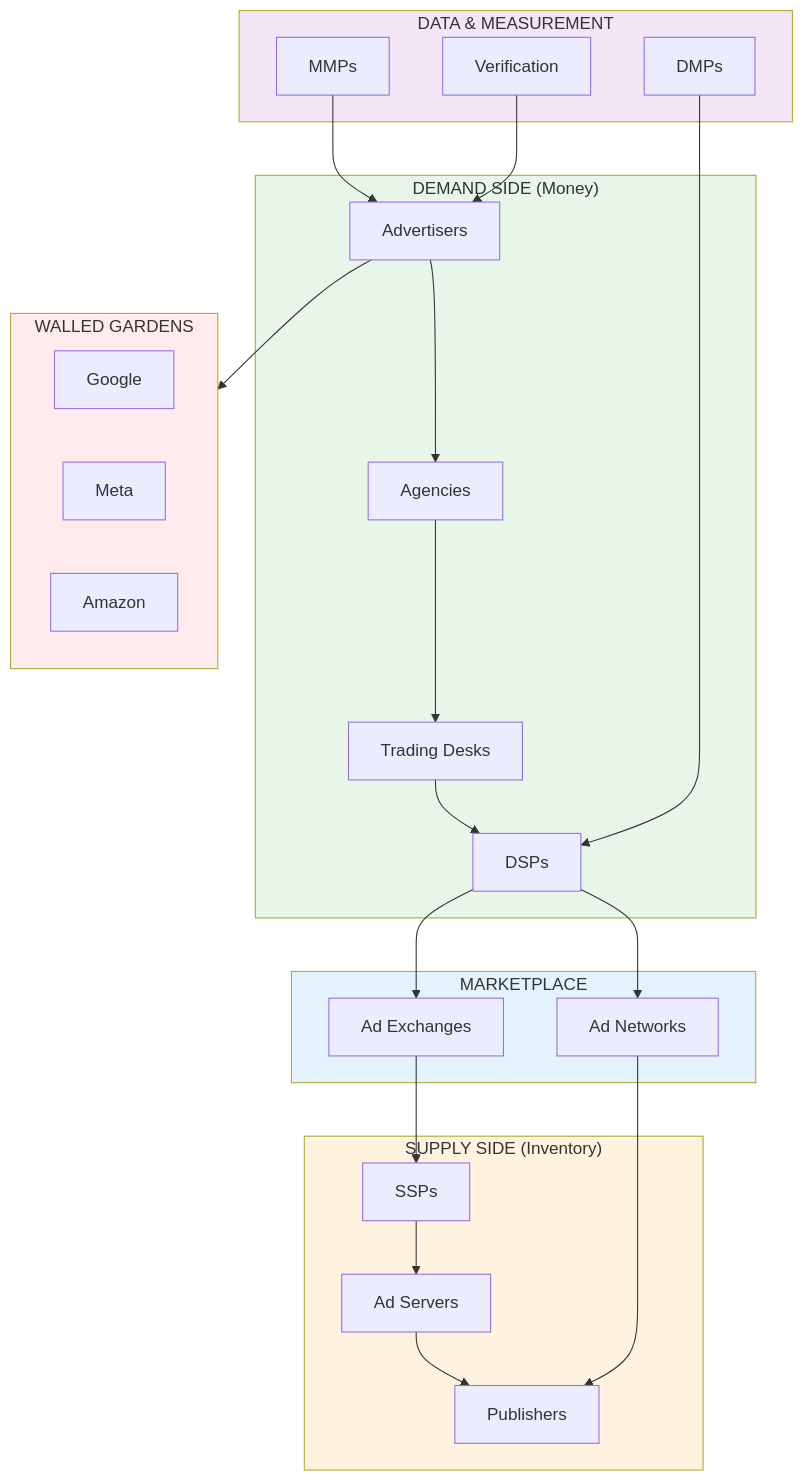
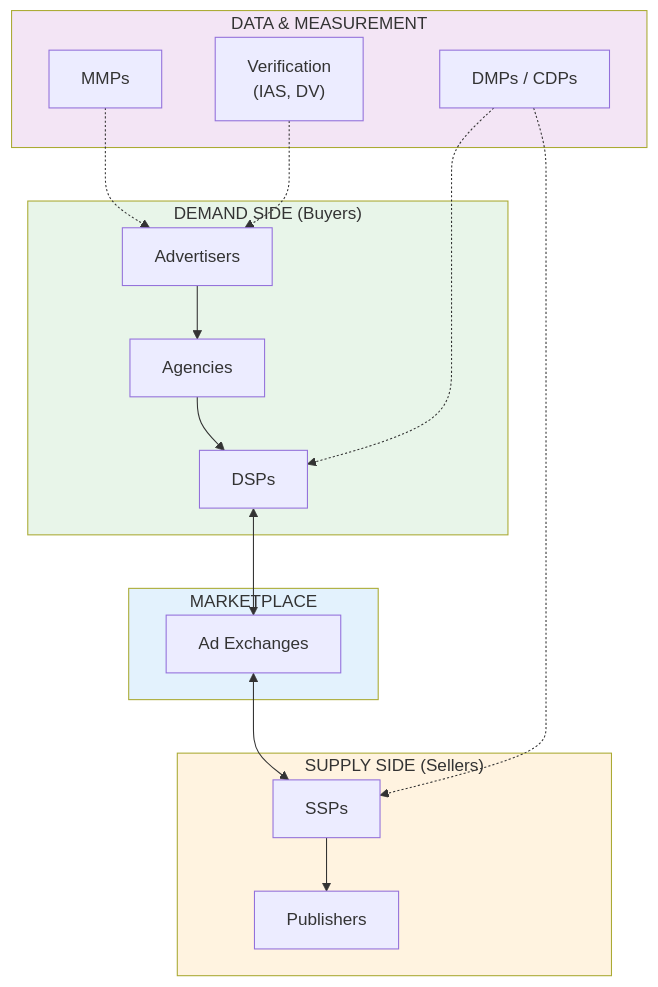
One commit to saanghyuk/ship-your-ads changed the second of 2 diagrams in adtech/ecosystem-players.mdx. Above: the diagram before and after it, drawn with Mermaid. The commit also changed other lines of this file and 47 other files, not shown here.

````diff
--- a/adtech/ecosystem-players.mdx
+++ b/adtech/ecosystem-players.mdx
@@ -323,55 +153,33 @@
 ```mermaid
 graph TB
-    subgraph Demand["DEMAND SIDE (Money)"]
-        ADV["Advertisers"]
-        AG["Agencies"]
-        TD["Trading Desks"]
-        DSP["DSPs"]
+    subgraph DEMAND["DEMAND SIDE (Buyers)"]
+        ADV["Advertisers"] --> AG["Agencies"]
+        AG --> DSP["DSPs"]
     end
 
-    subgraph Supply["SUPPLY SIDE (Inventory)"]
-        PUB["Publishers"]
-        AS["Ad Servers"]
-        SSP["SSPs"]
+    subgraph MIDDLE["MARKETPLACE"]
+        AX["Ad Exchanges"]
     end
 
-    subgraph Marketplace["MARKETPLACE"]
-        AX["Ad Exchanges"]
-        AN["Ad Networks"]
+    subgraph SUPPLY["SUPPLY SIDE (Sellers)"]
+        SSP["SSPs"] --> PUB["Publishers"]
     end
 
-    subgraph Data["DATA & MEASUREMENT"]
-        DMP["DMPs"]
+    subgraph DATA["DATA & MEASUREMENT"]
+        DMP["DMPs / CDPs"]
         MMP["MMPs"]
-        VER["Verification"]
+        VERIFY["Verification<br/>(IAS, DV)"]
     end
 
-    subgraph WG["WALLED GARDENS"]
-        GOO["Google"]
-        META["Meta"]
-        AMZN["Amazon"]
-    end
+    DSP <--> AX
+    AX <--> SSP
+    DMP -.-> DSP
+    DMP -.-> SSP
+    MMP -.-> ADV
+    VERIFY -.-> ADV
 
-    ADV --> AG
-    AG --> TD
-    TD --> DSP
-    DSP --> AX
-    AX --> SSP
-    SSP --> AS
-    AS --> PUB
-
-    DSP --> AN
-    AN --> PUB
-
-    DMP --> DSP
-    MMP --> ADV
-    VER --> ADV
-
-    ADV --> WG
-
-    style Demand fill:#E8F5E9
-    style Supply fill:#FFF3E0
-    style Marketplace fill:#E3F2FD
-    style Data fill:#F3E5F5
-    style WG fill:#FFEBEE
+    style DEMAND fill:#E8F5E9
+    style MIDDLE fill:#E3F2FD
+    style SUPPLY fill:#FFF3E0
+    style DATA fill:#F3E5F5
 ```
````
